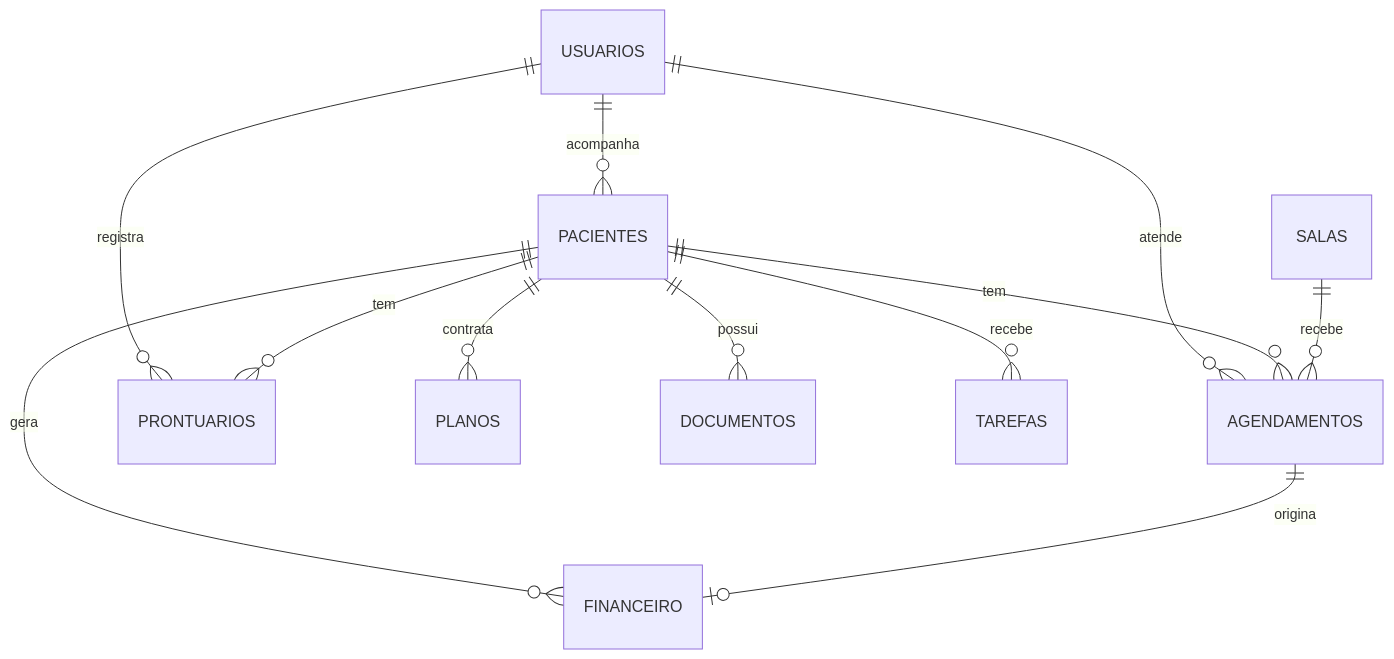
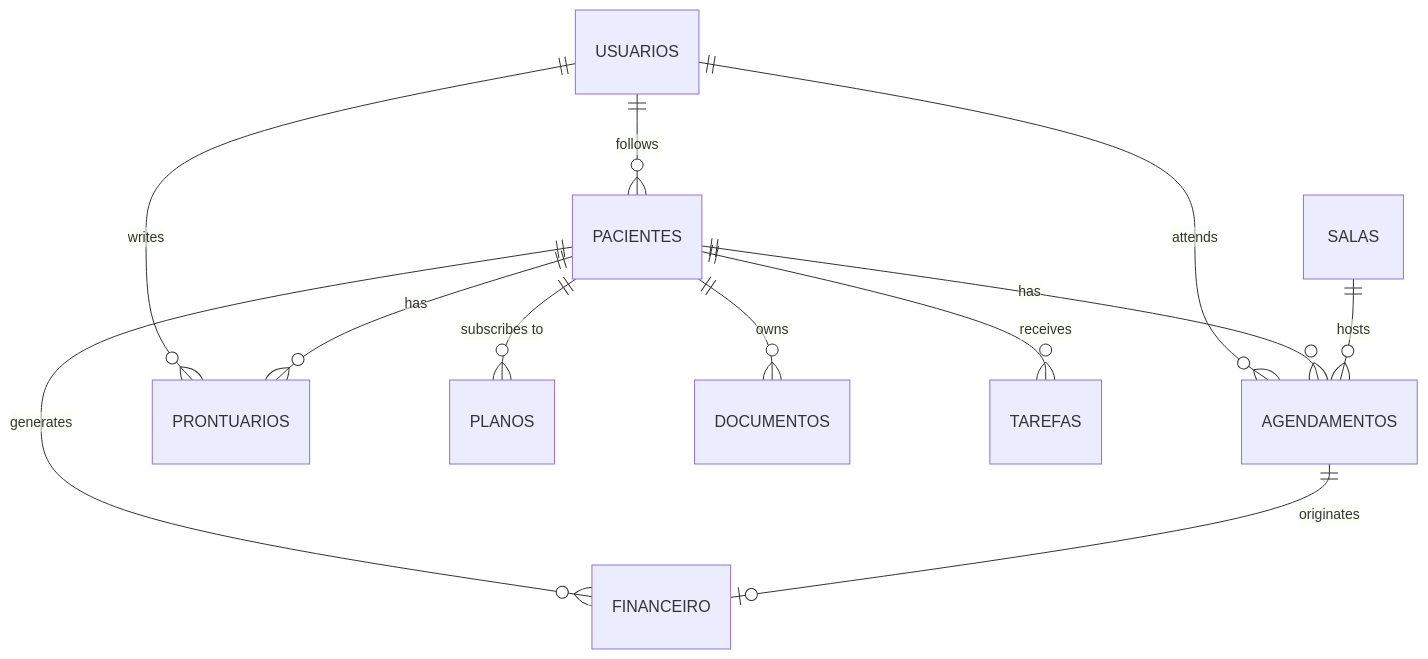
The diagram in README.md (guilhermefontesdev/PsicoGest), drawn with Mermaid before and after one commit. The commit also changed other lines of this file, not shown here.

````diff
--- a/README.md
+++ b/README.md
@@ -85,14 +87,14 @@
 ```mermaid
 erDiagram
-    USUARIOS ||--o{ PACIENTES : "acompanha"
-    USUARIOS ||--o{ AGENDAMENTOS : "atende"
-    USUARIOS ||--o{ PRONTUARIOS : "registra"
-    PACIENTES ||--o{ AGENDAMENTOS : "tem"
-    PACIENTES ||--o{ PRONTUARIOS : "tem"
-    PACIENTES ||--o{ FINANCEIRO : "gera"
-    PACIENTES ||--o{ PLANOS : "contrata"
-    PACIENTES ||--o{ DOCUMENTOS : "possui"
-    PACIENTES ||--o{ TAREFAS : "recebe"
-    SALAS ||--o{ AGENDAMENTOS : "recebe"
-    AGENDAMENTOS ||--o| FINANCEIRO : "origina"
+    USUARIOS ||--o{ PACIENTES : "follows"
+    USUARIOS ||--o{ AGENDAMENTOS : "attends"
+    USUARIOS ||--o{ PRONTUARIOS : "writes"
+    PACIENTES ||--o{ AGENDAMENTOS : "has"
+    PACIENTES ||--o{ PRONTUARIOS : "has"
+    PACIENTES ||--o{ FINANCEIRO : "generates"
+    PACIENTES ||--o{ PLANOS : "subscribes to"
+    PACIENTES ||--o{ DOCUMENTOS : "owns"
+    PACIENTES ||--o{ TAREFAS : "receives"
+    SALAS ||--o{ AGENDAMENTOS : "hosts"
+    AGENDAMENTOS ||--o| FINANCEIRO : "originates"
 ```
````
